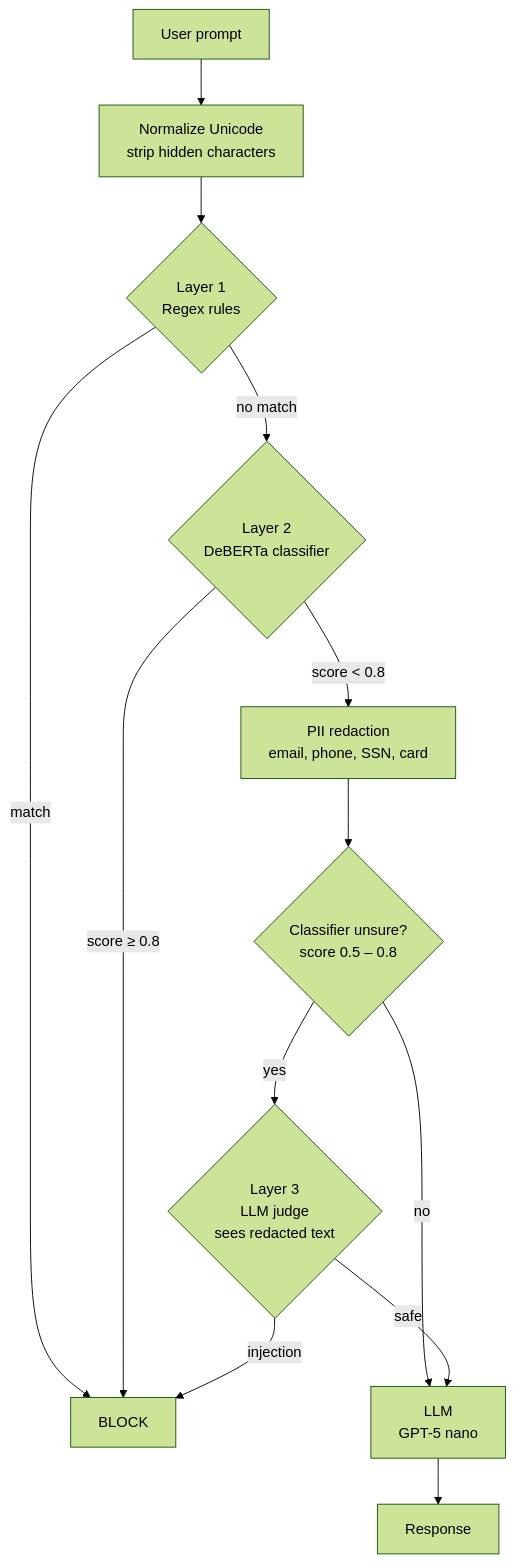
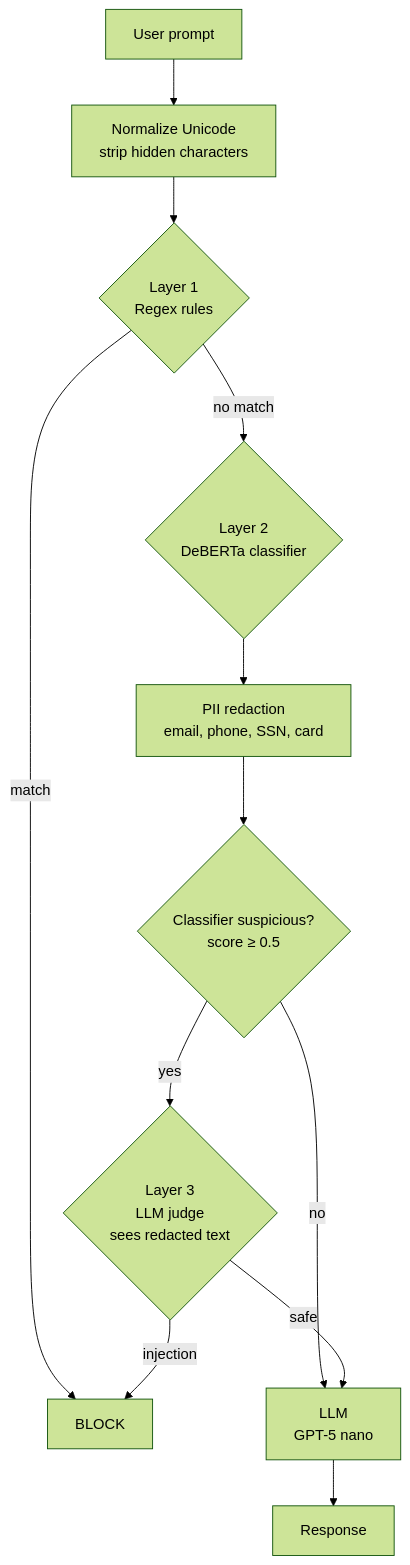
The diagram in README.md (nitishub/llm-guardrails), drawn with Mermaid (forest theme) before and after one commit. The commit also changed other lines of this file and 3 other files, not shown here.

````diff
--- a/README.md
+++ b/README.md
@@ -27,15 +27,14 @@
 ```mermaid
 flowchart TD
     A[User prompt] --> B[Normalize Unicode<br/>strip hidden characters]
     B --> C{Layer 1<br/>Regex rules}
     C -- match --> X[BLOCK]
     C -- no match --> D{Layer 2<br/>DeBERTa classifier}
-    D -- "score ≥ 0.8" --> X
-    D -- "score < 0.8" --> F[PII redaction<br/>email, phone, SSN, card]
-    F --> E{Classifier unsure?<br/>score 0.5 – 0.8}
+    D --> F[PII redaction<br/>email, phone, SSN, card]
+    F --> E{Classifier suspicious?<br/>score ≥ 0.5}
     E -- no --> G
     E -- yes --> J{Layer 3<br/>LLM judge<br/>sees redacted text}
     J -- injection --> X
     J -- safe --> G[LLM<br/>GPT-5 nano]
     G --> H[Response]
 ```
````
